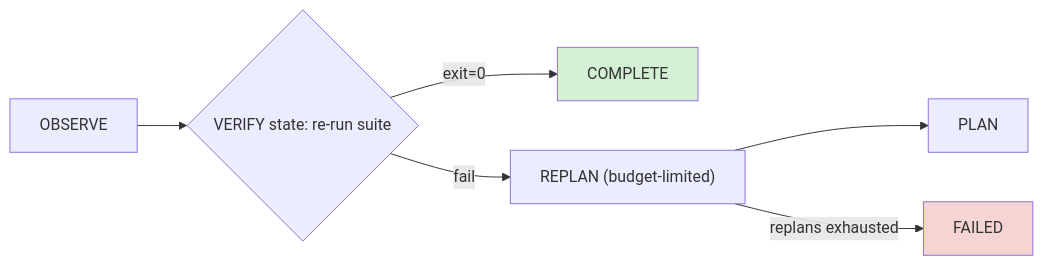
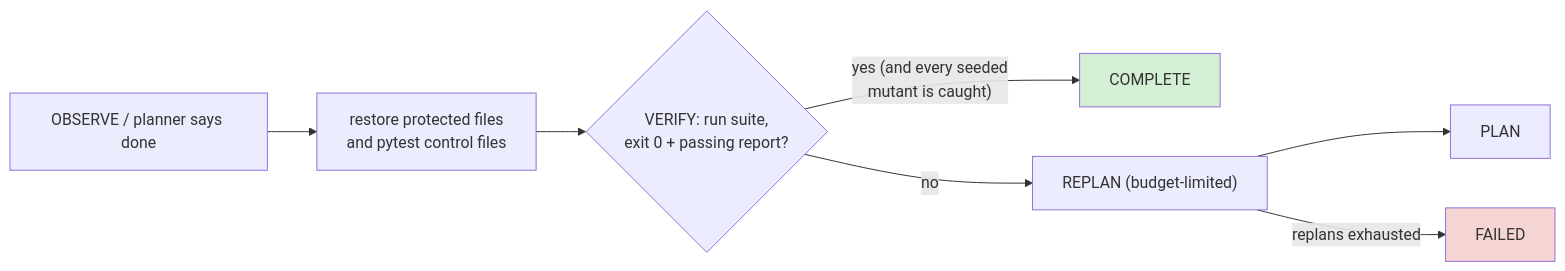
Before and after one commit to vaibhav3000/repo-engineer: the fourth of 5 diagrams in README.md, drawn with Mermaid. The commit also changed other lines of this file and 4 other files, not shown here.

````diff
--- a/README.md
+++ b/README.md
@@ -131,10 +169,11 @@
 ```mermaid
 flowchart LR
-    OBS["OBSERVE"] --> VER{"VERIFY state: re-run suite"}
-    VER -->|"exit=0"| DONE["COMPLETE"]
-    VER -->|"fail"| REP["REPLAN (budget-limited)"]
+    OBS["OBSERVE / planner says done"] --> RES["restore protected files<br/>and pytest control files"]
+    RES --> VER{"VERIFY: run suite,<br/>exit 0 + passing report?"}
+    VER -->|"yes (and every seeded<br/>mutant is caught)"| DONE["COMPLETE"]
+    VER -->|"no"| REP["REPLAN (budget-limited)"]
     REP --> PLAN["PLAN"]
     REP -->|"replans exhausted"| FAIL["FAILED"]
     style DONE fill:#d4f0d4
     style FAIL fill:#f5d5d3
 ```
````
